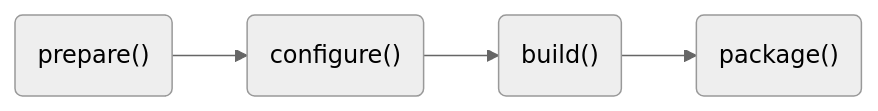
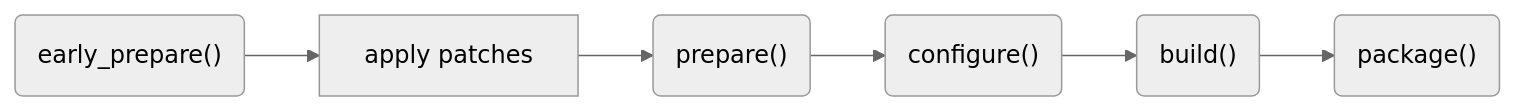
One commit to Mintsuki/Jinx changed the diagram in DOCUMENTATION.md. Above: the diagram before and after it, drawn with Mermaid (neutral theme). The commit also changed other lines of this file and 1 other file, not shown here.

````diff
--- a/DOCUMENTATION.md
+++ b/DOCUMENTATION.md
@@ -618,7 +763,9 @@
 ```mermaid
 flowchart LR
-	A("prepare()") --> B
-	B("configure()") --> C
-	C("build()") --> D
-	D("package()")
+	A("early_prepare()") --> P
+	P[apply patches] --> B
+	B("prepare()") --> C
+	C("configure()") --> D
+	D("build()") --> E
+	E("package()")
 ```
````
